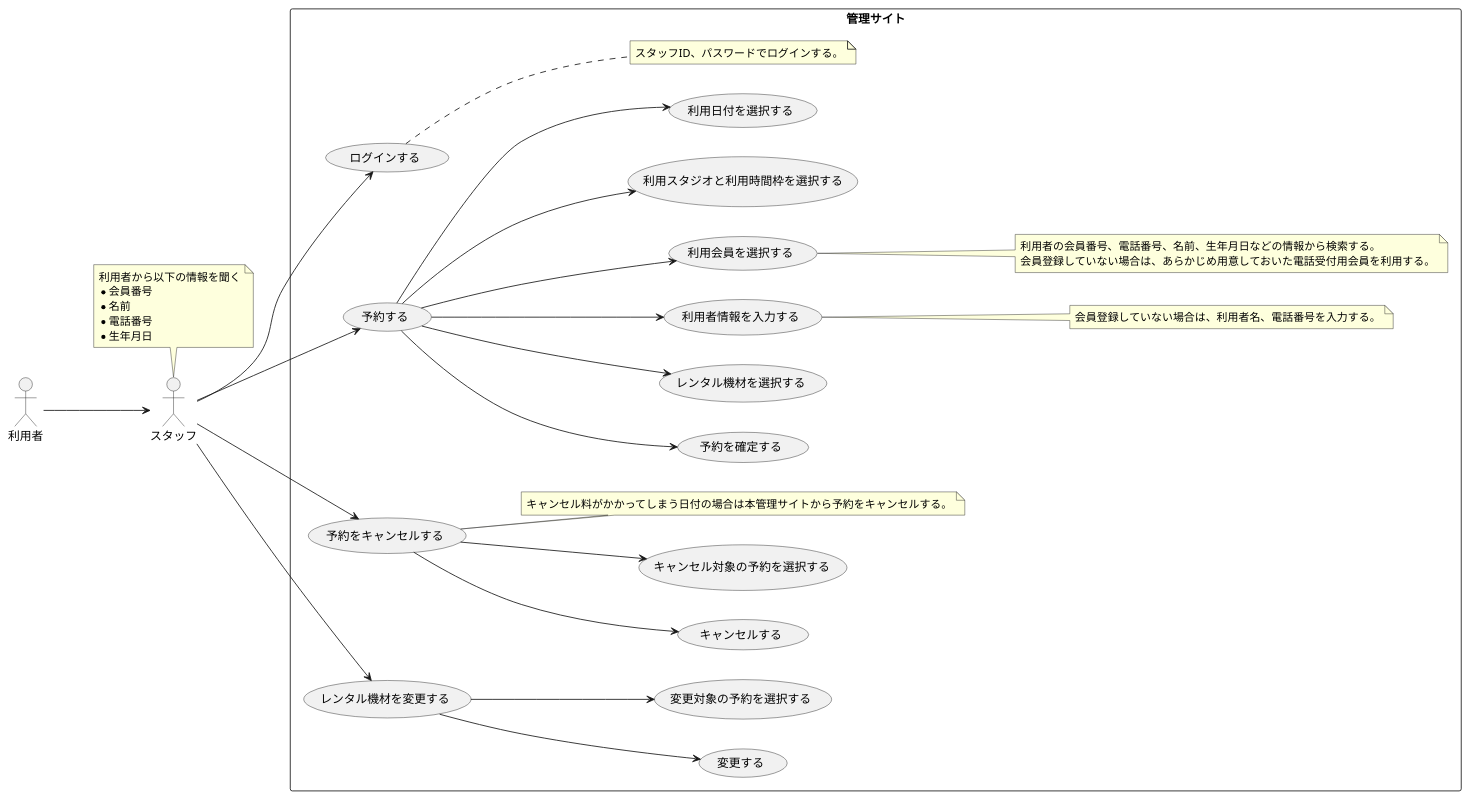
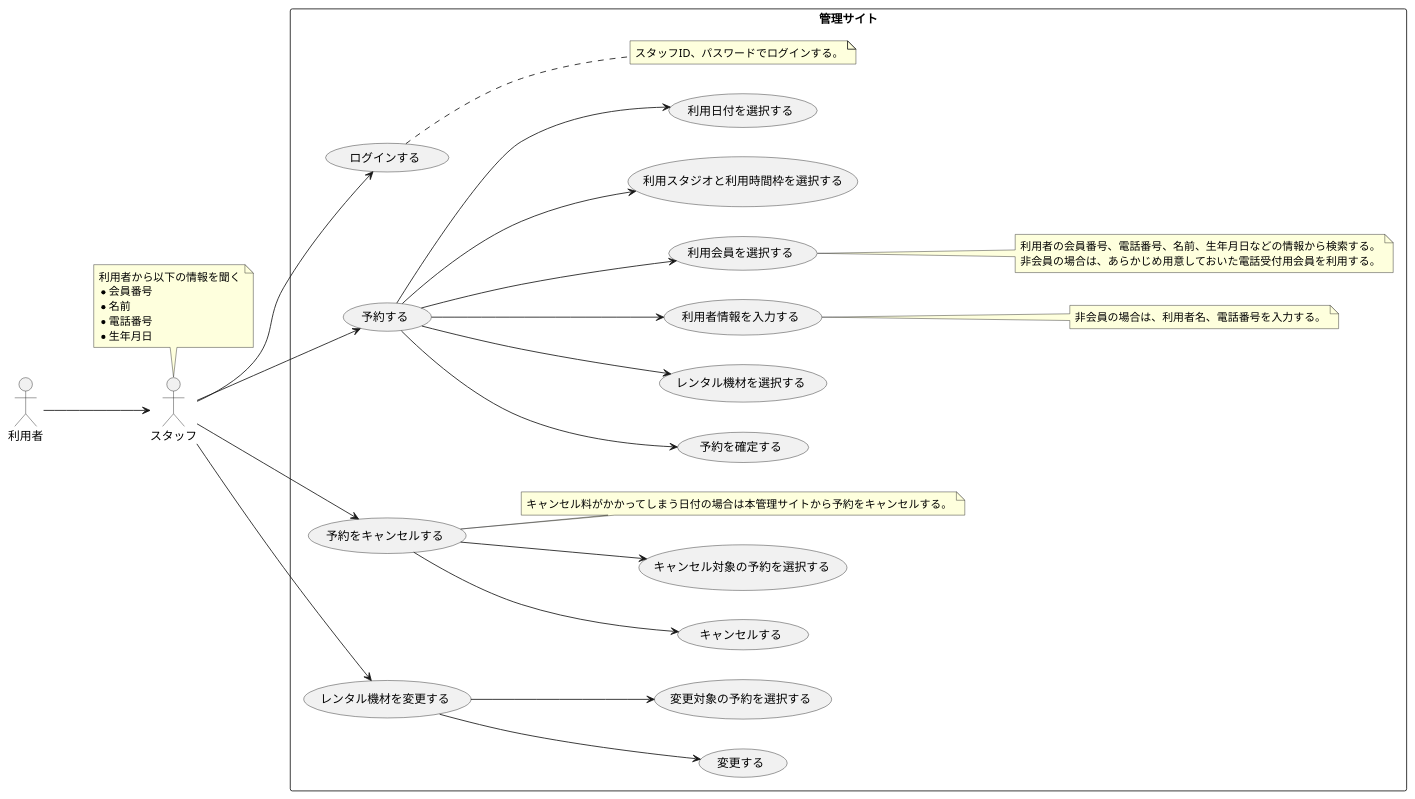
Before and after one commit to TakashiOnawa/ddd-practice-studio-reservation: the diagram in modeling/05_Usecase_電話予約.pu, drawn with PlantUML. The commit also changed 4 other files, not shown here.

```diff
--- a/modeling/05_Usecase_電話予約.pu
+++ b/modeling/05_Usecase_電話予約.pu
@@ -1,54 +1,54 @@
 @startuml Usecase
 
 left to right direction
 
 actor 利用者
 actor スタッフ
 
 利用者 --> スタッフ
 
 note top of スタッフ
 利用者から以下の情報を聞く
 * 会員番号
 * 名前
 * 電話番号
 * 生年月日
 end note
 
 rectangle 管理サイト {
     スタッフ --> (ログインする)
     スタッフ --> (予約する)
     (予約する) --> (予約を確定する)
     (予約する) --> (レンタル機材を選択する)
     (予約する) --> (利用者情報を入力する)
     (予約する) --> (利用会員を選択する)
     (予約する) --> (利用スタジオと利用時間枠を選択する)
     (予約する) --> (利用日付を選択する)
 
     note right of (ログインする)
     スタッフID、パスワードでログインする。
     end note
 
     note right of (利用会員を選択する)
     利用者の会員番号、電話番号、名前、生年月日などの情報から検索する。
-    会員登録していない場合は、あらかじめ用意しておいた電話受付用会員を利用する。
+    非会員の場合は、あらかじめ用意しておいた電話受付用会員を利用する。
     end note
 
     note right of (利用者情報を入力する)
-    会員登録していない場合は、利用者名、電話番号を入力する。
+    非会員の場合は、利用者名、電話番号を入力する。
     end note
 
     スタッフ --> (予約をキャンセルする)
     (予約をキャンセルする) --> (キャンセルする)
     (予約をキャンセルする) --> (キャンセル対象の予約を選択する)
 
     note right of (予約をキャンセルする)
     キャンセル料がかかってしまう日付の場合は本管理サイトから予約をキャンセルする。
     end note
 
     スタッフ --> (レンタル機材を変更する)
     (レンタル機材を変更する) --> (変更する)
     (レンタル機材を変更する) --> (変更対象の予約を選択する)
 }
 
 @enduml
```
